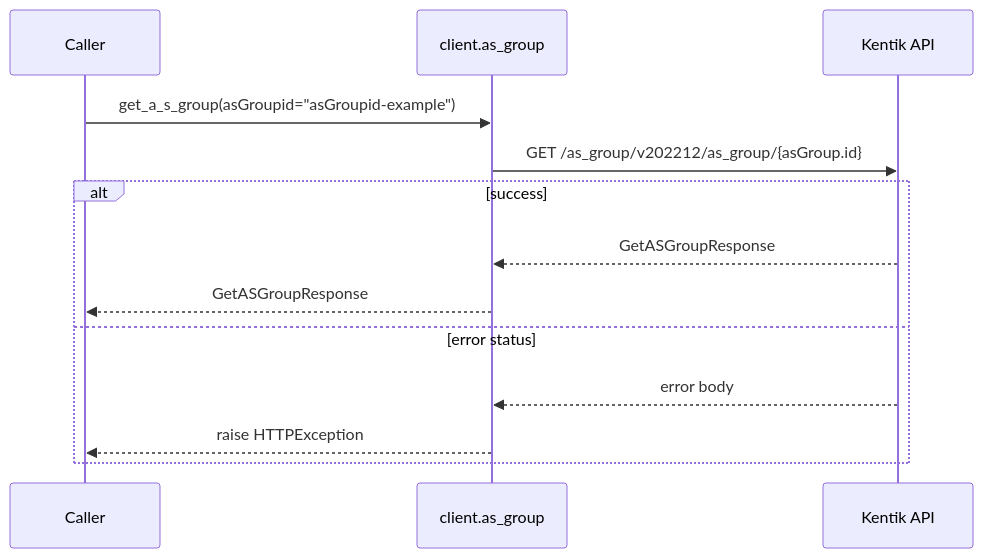
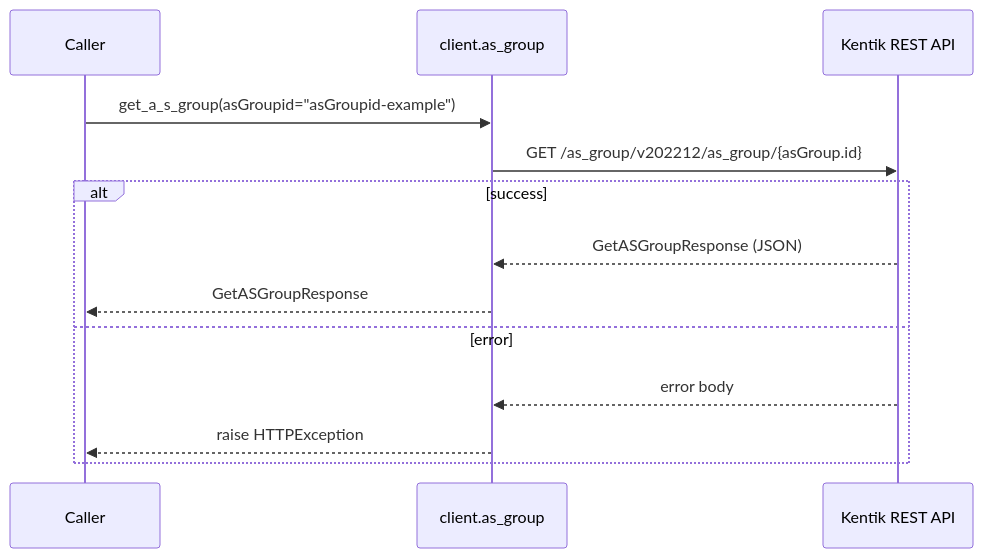
Before and after one commit to alexdearaujo/community_sdk_python: the sixth of 12 diagrams in docs/sphinx/services/as_group.md, drawn with Mermaid. The commit also changed other lines of this file and 61 other files, not shown here.

````diff
--- a/docs/sphinx/services/as_group.md
+++ b/docs/sphinx/services/as_group.md
@@ -125,16 +177,16 @@
 ```mermaid
 sequenceDiagram
     participant C as Caller
     participant W as client.as_group
-    participant API as Kentik API
+    participant API as Kentik REST API
 
     C->>W: get_a_s_group(asGroupid="asGroupid-example")
     W->>API: GET /as_group/v202212/as_group/{asGroup.id}
     alt success
-        API-->>W: GetASGroupResponse
+        API-->>W: GetASGroupResponse (JSON)
         W-->>C: GetASGroupResponse
-    else error status
+    else error
         API-->>W: error body
         W-->>C: raise HTTPException
     end
 ```
````
